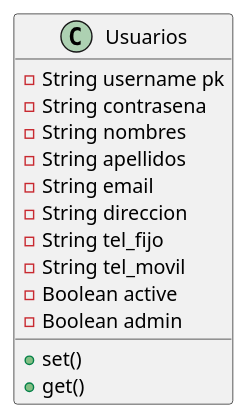
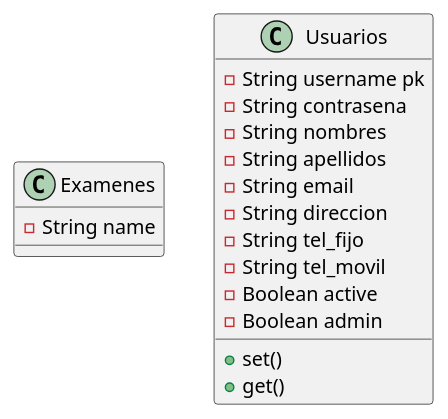
The diagram in agenda-lab/doc/modelo_datos.puml (guevara1981/ProyectoMisionTicCiclo3), drawn with PlantUML before and after one commit. The commit also changed 4 other files, not shown here.

```diff
--- a/agenda-lab/doc/modelo_datos.puml
+++ b/agenda-lab/doc/modelo_datos.puml
@@ -1,19 +1,23 @@
 @startuml
+
+class Examenes{
+    - String name
+}
 
 class Usuarios{
     - String username pk
     - String contrasena
     - String nombres
     - String apellidos
     - String email
     - String direccion
     - String tel_fijo
     - String tel_movil
     - Boolean active
     - Boolean admin
     +set()
     +get()
 
 }
 
 @enduml
```
